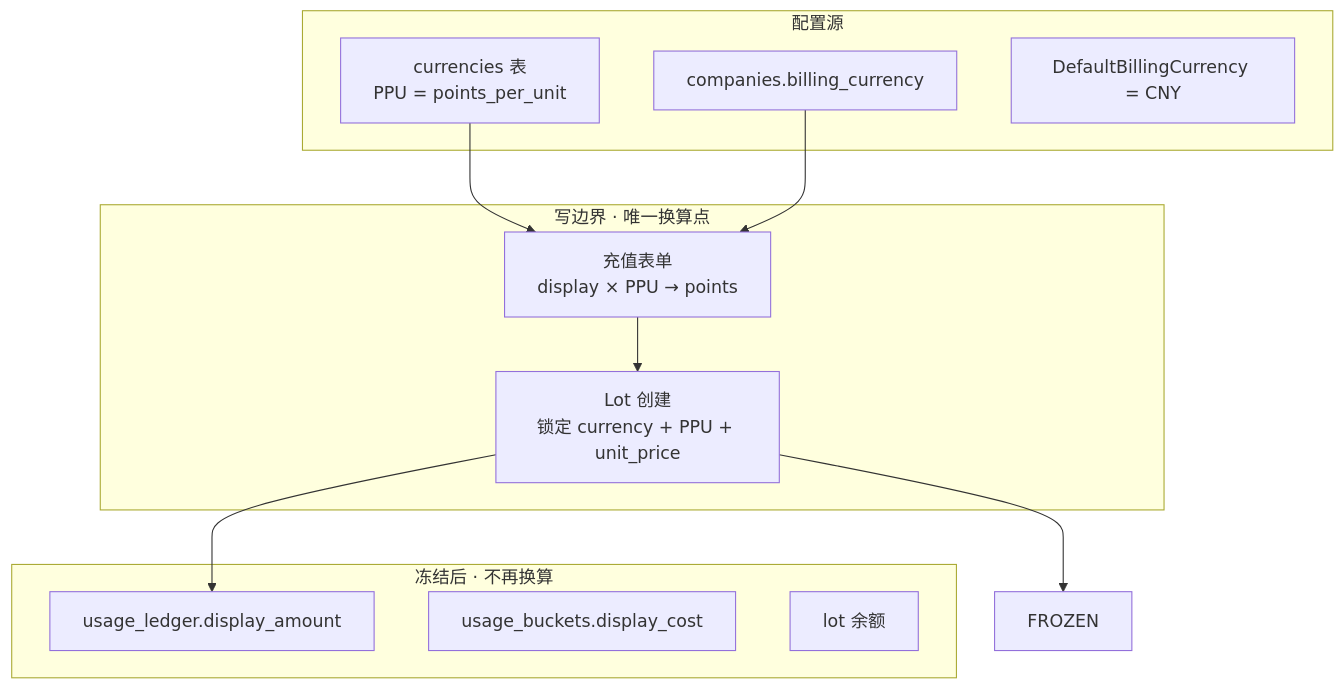
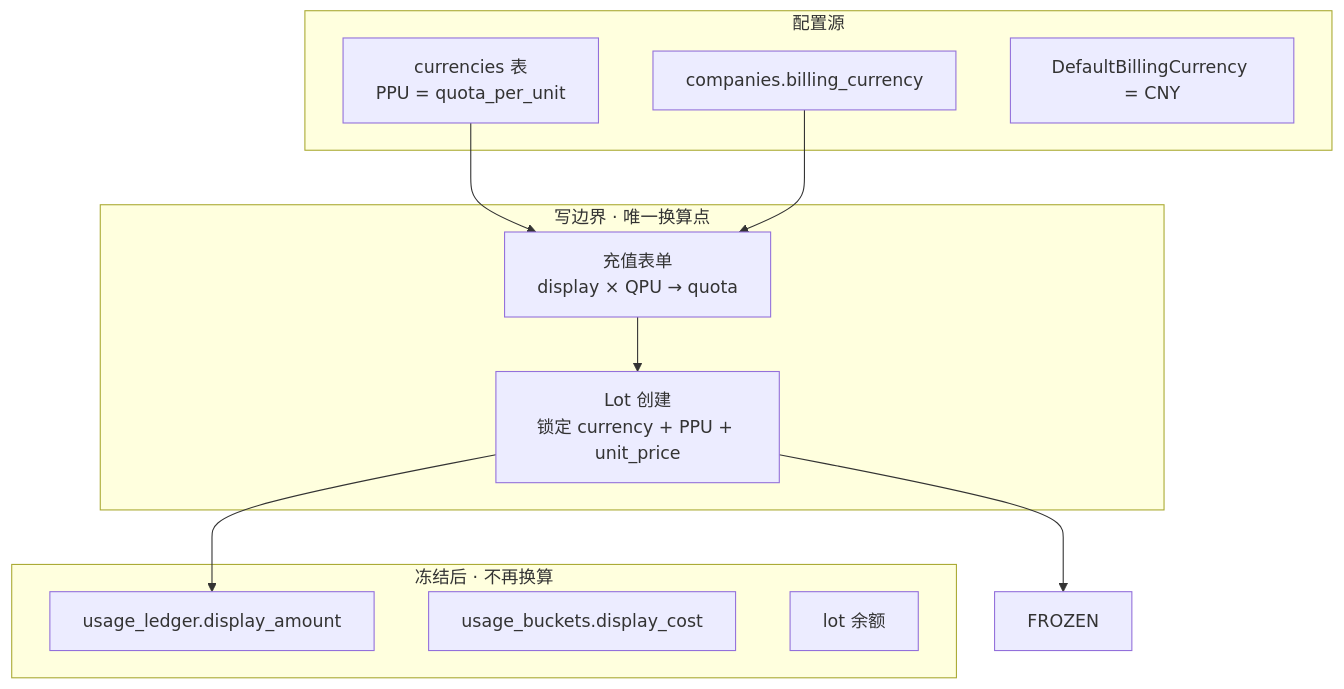
Before and after one commit to quyip8818/mytokenjoy: the tenth of 15 diagrams in docs/reviews/架构分析-Token计费与钱包体系.md, drawn with Mermaid. The commit also changed other lines of this file and 17 other files, not shown here.

````diff
--- a/docs/reviews/架构分析-Token计费与钱包体系.md
+++ b/docs/reviews/架构分析-Token计费与钱包体系.md
@@ -372,24 +372,24 @@
 ```mermaid
 flowchart TB
   subgraph config [配置源]
-    CUR_TBL[currencies 表<br/>PPU = points_per_unit]
+    CUR_TBL[currencies 表<br/>PPU = quota_per_unit]
     CO_TBL[companies.billing_currency]
     CONST[DefaultBillingCurrency = CNY]
   end
 
   subgraph write_boundary [写边界 · 唯一换算点]
-    CHARGE[充值表单<br/>display × PPU → points]
+    CHARGE[充值表单<br/>display × QPU → quota]
     LOT[Lot 创建<br/>锁定 currency + PPU + unit_price]
   end
 
   subgraph frozen [冻结后 · 不再换算]
     LEDGER[usage_ledger.display_amount]
     BUCKET[usage_buckets.display_cost]
     LOT_BAL[lot 余额]
   end
 
   CUR_TBL --> CHARGE
   CO_TBL --> CHARGE
   CHARGE --> LOT --> FROZEN
   LOT --> LEDGER
 ```
````
